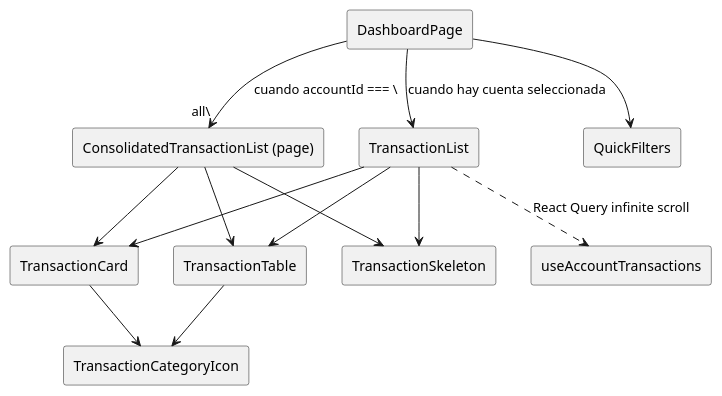
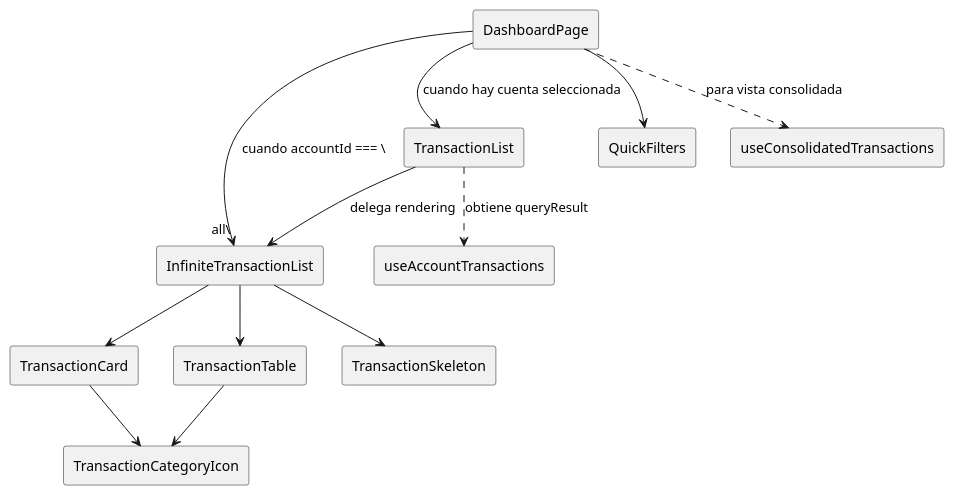
Before and after one commit to bacaxnot/finance: the diagram in apps/web/src/components/transactions/README.md, drawn with PlantUML. The commit also changed other lines of this file and 3 other files, not shown here.

Commit message:
Fix double transaction list

````diff
--- a/apps/web/src/components/transactions/README.md
+++ b/apps/web/src/components/transactions/README.md
@@ -24,31 +28,31 @@
 ```plantuml
 @startuml
 skinparam componentStyle rectangle
 
 component DashboardPage
-component "ConsolidatedTransactionList (page)" as ConsolidatedList
+component InfiniteTransactionList
 component TransactionList
 component QuickFilters
 component TransactionCard
 component TransactionTable
 component TransactionSkeleton
 component TransactionCategoryIcon
 component "useAccountTransactions" as useAccountTx
+component "useConsolidatedTransactions" as useConsolidatedTx
 
 DashboardPage --> QuickFilters
 DashboardPage --> TransactionList : cuando hay cuenta seleccionada
-DashboardPage --> ConsolidatedList : cuando accountId === \"all\"
+DashboardPage --> InfiniteTransactionList : cuando accountId === \"all\"
+DashboardPage ..> useConsolidatedTx : para vista consolidada
 
-TransactionList --> TransactionCard
-TransactionList --> TransactionTable
-TransactionList --> TransactionSkeleton
-TransactionList ..> useAccountTx : React Query infinite scroll
+TransactionList ..> useAccountTx : obtiene queryResult
+TransactionList --> InfiniteTransactionList : delega rendering
 
-ConsolidatedList --> TransactionCard
-ConsolidatedList --> TransactionTable
-ConsolidatedList --> TransactionSkeleton
+InfiniteTransactionList --> TransactionCard
+InfiniteTransactionList --> TransactionTable
+InfiniteTransactionList --> TransactionSkeleton
 
 TransactionCard --> TransactionCategoryIcon
 TransactionTable --> TransactionCategoryIcon
 @enduml
 ```
````
